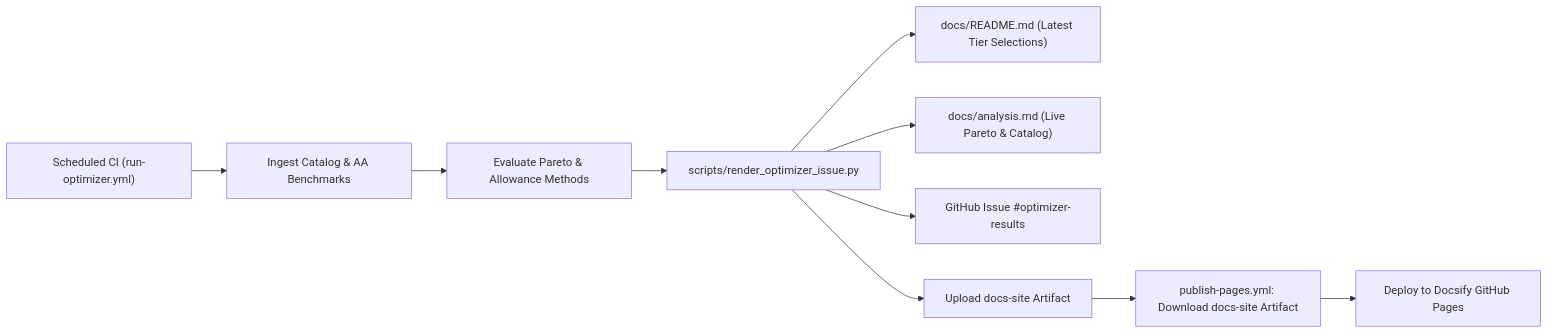
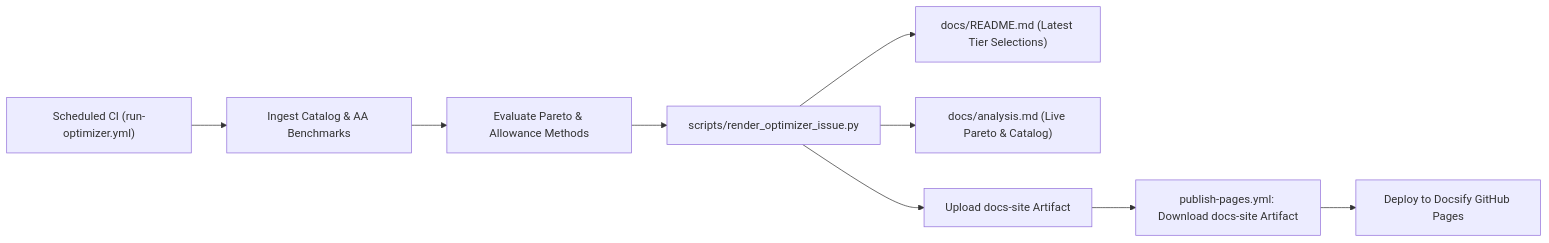
Before and after one commit to dbensmith/opencode-go-model-optimizer: the diagram in docs/README.md, drawn with Mermaid. The commit also changed 3 other files, not shown here.

````diff
--- a/docs/README.md
+++ b/docs/README.md
@@ -5,12 +5,11 @@
 ```mermaid
 flowchart LR
     CI["Scheduled CI (run-optimizer.yml)"] --> FETCH["Ingest Catalog & AA Benchmarks"]
     FETCH --> OPT["Evaluate Pareto & Allowance Methods"]
     OPT --> RENDER["scripts/render_optimizer_issue.py"]
     RENDER --> TIERS["docs/README.md (Latest Tier Selections)"]
     RENDER --> CHARTS["docs/analysis.md (Live Pareto & Catalog)"]
-    RENDER --> ISSUE["GitHub Issue #optimizer-results"]
     RENDER --> ARTIFACT["Upload docs-site Artifact"]
     ARTIFACT --> DOWNLOAD["publish-pages.yml: Download docs-site Artifact"]
     DOWNLOAD --> PAGES["Deploy to Docsify GitHub Pages"]
 ```
````
